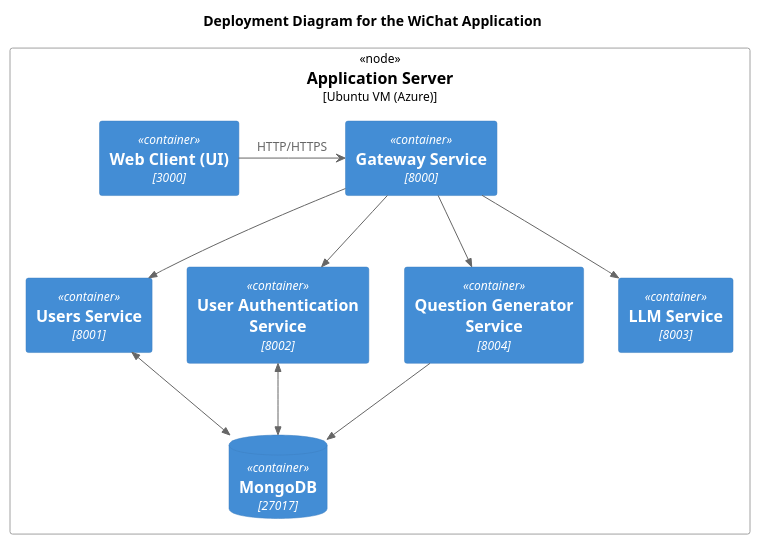
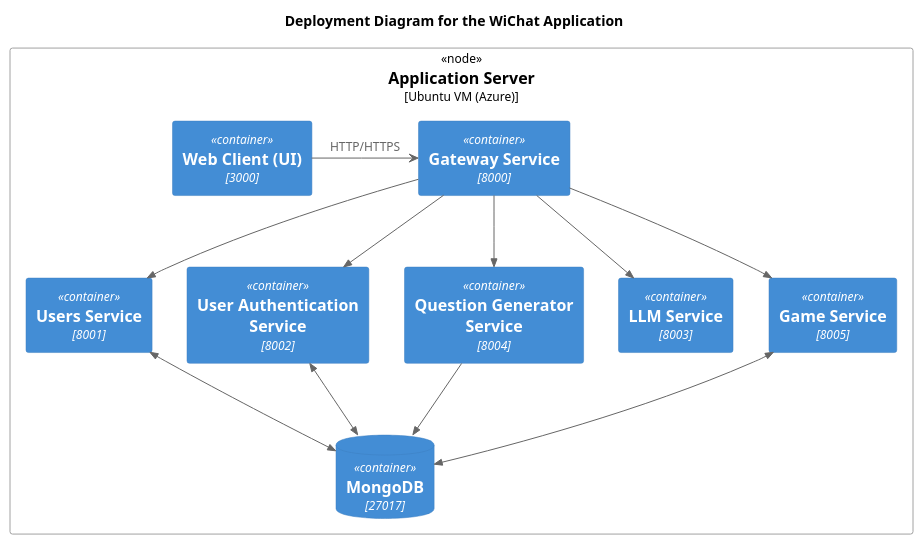
Before and after one commit to Arquisoft/wichat_en1a: the diagram in docs/src/diagrams/C4_deployment_diagram.puml, drawn with PlantUML. The commit also changed 1 other file, not shown here.

Commit message:
add game service to section 7

```diff
--- a/docs/src/diagrams/C4_deployment_diagram.puml
+++ b/docs/src/diagrams/C4_deployment_diagram.puml
@@ -1,25 +1,28 @@
 @startuml C4_Deployment_Diagram
 !include https://raw.githubusercontent.com/plantuml-stdlib/C4-PlantUML/master/C4_Deployment.puml
 
 title Deployment Diagram for the WiChat Application
 
 Deployment_Node(serverNode, "Application Server", "Ubuntu VM (Azure)") {
     Container(client, "Web Client (UI)", 3000)
     Container(gateway, "Gateway Service", 8000)
     Container(users, "Users Service", 8001)
     Container(auth, "User Authentication Service", 8002)
     Container(qg, "Question Generator Service", 8004)
     Container(llm, "LLM Service", 8003)
+    Container(game, "Game Service", 8005)
     ContainerDb(db, "MongoDB", 27017)
 }
 
 client -> gateway: HTTP/HTTPS
 Rel(gateway, auth, "")
 Rel(gateway, users, "")
 Rel(gateway, qg, "")
 Rel(gateway, llm, "")
+Rel(gateway, game, "")
 BiRel(auth, db, "")
 BiRel(users, db, "")
+BiRel(game, db, "")
 Rel(qg, db, "")
 
 @enduml
```
